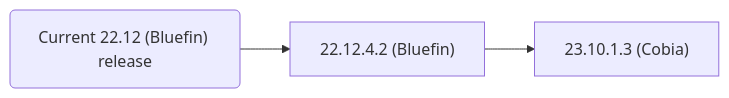
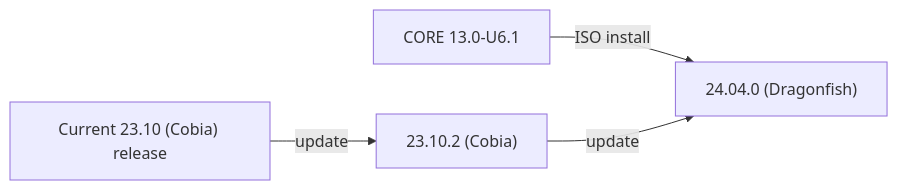
One commit to truenas/documentation changed the second of 2 diagrams in content/TrueNASUpgrades/_index.md. Above: the diagram before and after it, drawn with Mermaid. The commit also changed other lines of this file, not shown here.

```diff
--- a/content/TrueNASUpgrades/_index.md
+++ b/content/TrueNASUpgrades/_index.md
@@ -68,4 +67,5 @@
 {{< mermaid class="mermaid_sizing" >}}
 flowchart LR
-A("Current 22.12 (Bluefin) release") --> B["22.12.4.2 (Bluefin)"] --> C["23.10.1.3 (Cobia)"]
+A["CORE 13.0-U6.1"] -->|ISO install| D
+B["Current 23.10 (Cobia) release"] -->|update| C["23.10.2 (Cobia)"] -->|update| D["24.04.0 (Dragonfish)"]
 {{< /mermaid >}}
```
